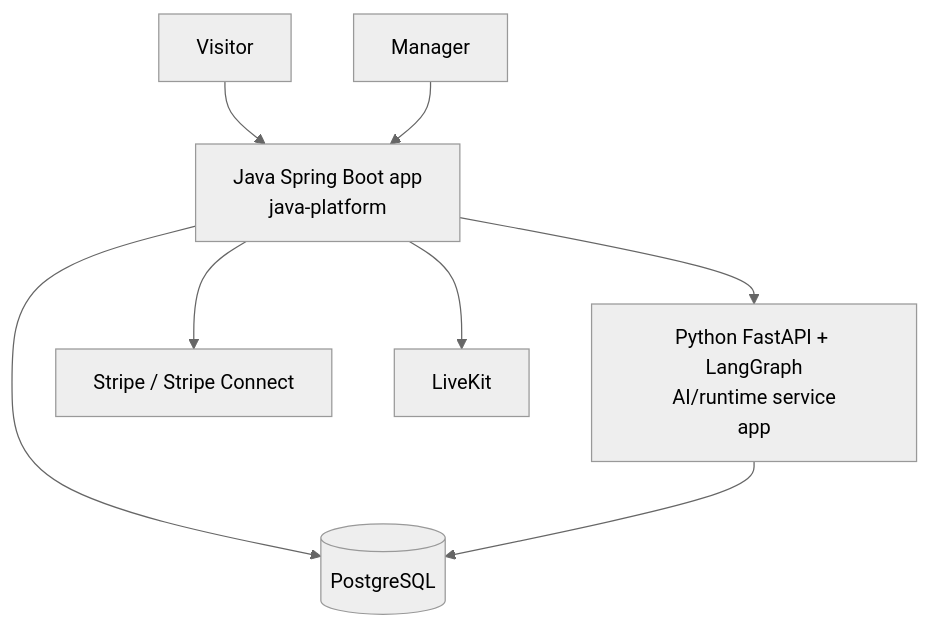
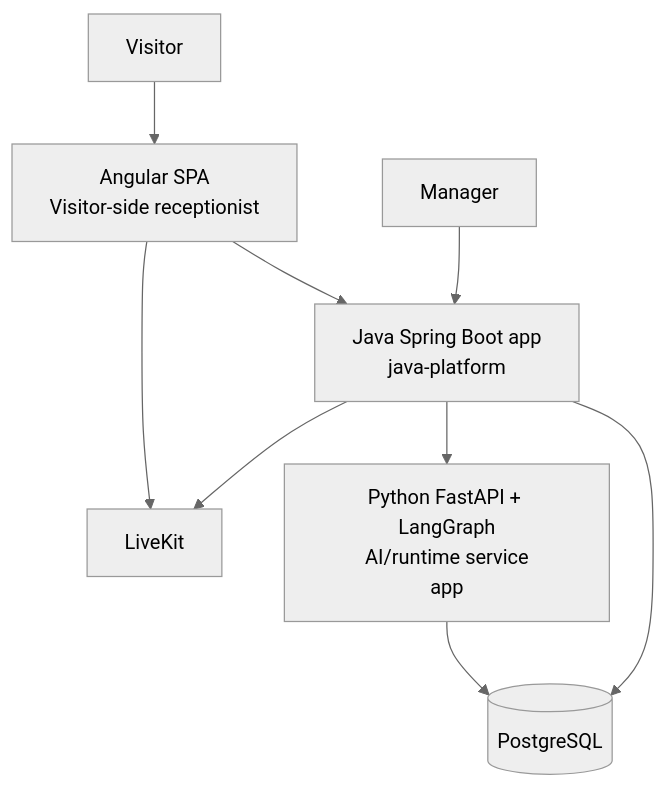
Before and after one commit to Codere11/ACE-RealEstate-Showcase: the first of 4 diagrams in ARCHITECTURE.md, drawn with Mermaid (neutral theme). The commit also changed other lines of this file and 11 other files, not shown here.

````diff
--- a/ARCHITECTURE.md
+++ b/ARCHITECTURE.md
@@ -7,10 +9,11 @@
 ```mermaid
 graph TD
-    Visitor[Visitor] --> Java[Java Spring Boot app\njava-platform]
-    Manager[Manager] --> Java
+    Visitor[Visitor] --> Angular[Angular SPA\nVisitor-side receptionist]
+    Manager[Manager] --> Java[Java Spring Boot app\njava-platform]
+    Angular --> Java
     Java --> Postgres[(PostgreSQL)]
     Java --> Python[Python FastAPI + LangGraph\nAI/runtime service\napp]
-    Java --> Stripe[Stripe / Stripe Connect]
     Java --> LiveKit[LiveKit]
+    Angular --> LiveKit
     Python --> Postgres
 ```
````
